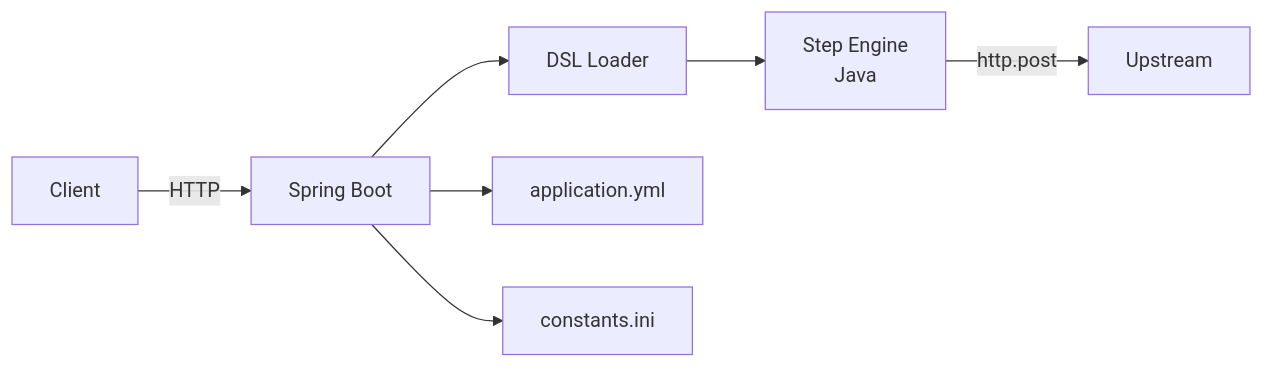
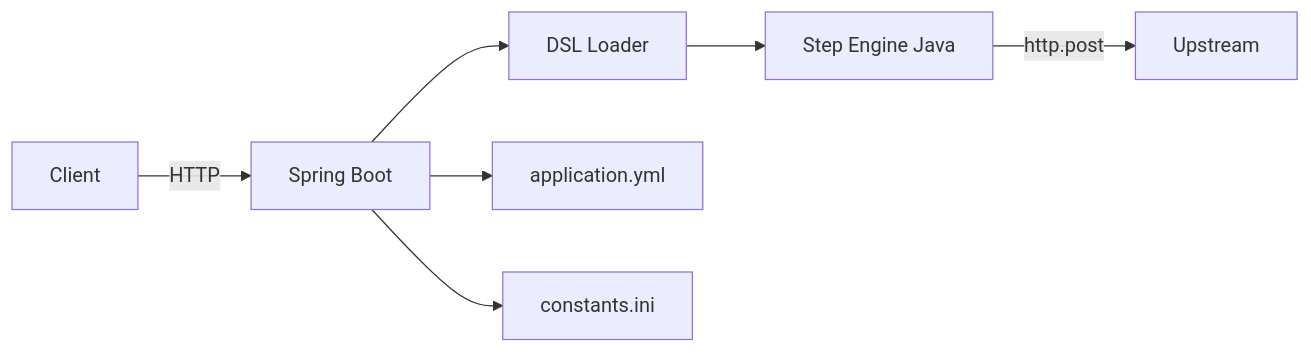
One commit to kemit-ee/ljvis-2 changed the first of 4 diagrams in docs/migration_guide_to_rust_ruuter.md. Above: the diagram before and after it, drawn with Mermaid. The commit also changed other lines of this file, not shown here.

````diff
--- a/docs/migration_guide_to_rust_ruuter.md
+++ b/docs/migration_guide_to_rust_ruuter.md
@@ -38,9 +239,9 @@
 ```mermaid
 flowchart LR
     Client -->|HTTP| SpringBoot[Spring Boot]
     SpringBoot --> YAMLLoader[DSL Loader]
-    YAMLLoader --> StepEngine[Step Engine\nJava]
+    YAMLLoader --> StepEngine["Step Engine Java"]
     StepEngine -->|http.post| Upstream
     SpringBoot --> AppYML[application.yml]
     SpringBoot --> ConstIni[constants.ini]
 ```
````
